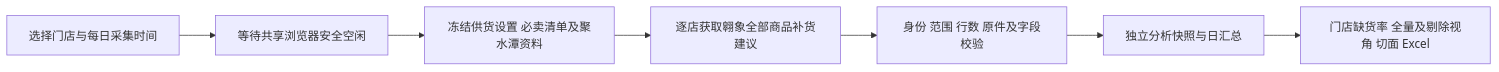
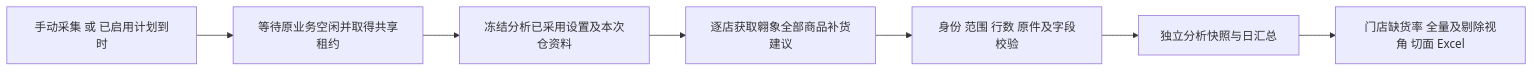
Before and after one commit to SakuraCulture/replenishment-assistant: the diagram in docs/plans/每日缺货率分析独立板块方案_20261107.md, drawn with Mermaid. The commit also changed other lines of this file and 1 other file, not shown here.

````diff
--- a/docs/plans/每日缺货率分析独立板块方案_20261107.md
+++ b/docs/plans/每日缺货率分析独立板块方案_20261107.md
@@ -169,9 +172,9 @@
 ```mermaid
 flowchart LR
-    A[选择门店与每日采集时间] --> B[等待共享浏览器安全空闲]
-    B --> C[冻结供货设置 必卖清单及聚水潭资料]
+    A[手动采集 或 已启用计划到时] --> B[等待原业务空闲并取得共享租约]
+    B --> C[冻结分析已采用设置及本次仓资料]
     C --> D[逐店获取翱象全部商品补货建议]
     D --> E[身份 范围 行数 原件及字段校验]
     E --> F[独立分析快照与日汇总]
     F --> G[门店缺货率 全量及剔除视角 切面 Excel]
 ```
````
